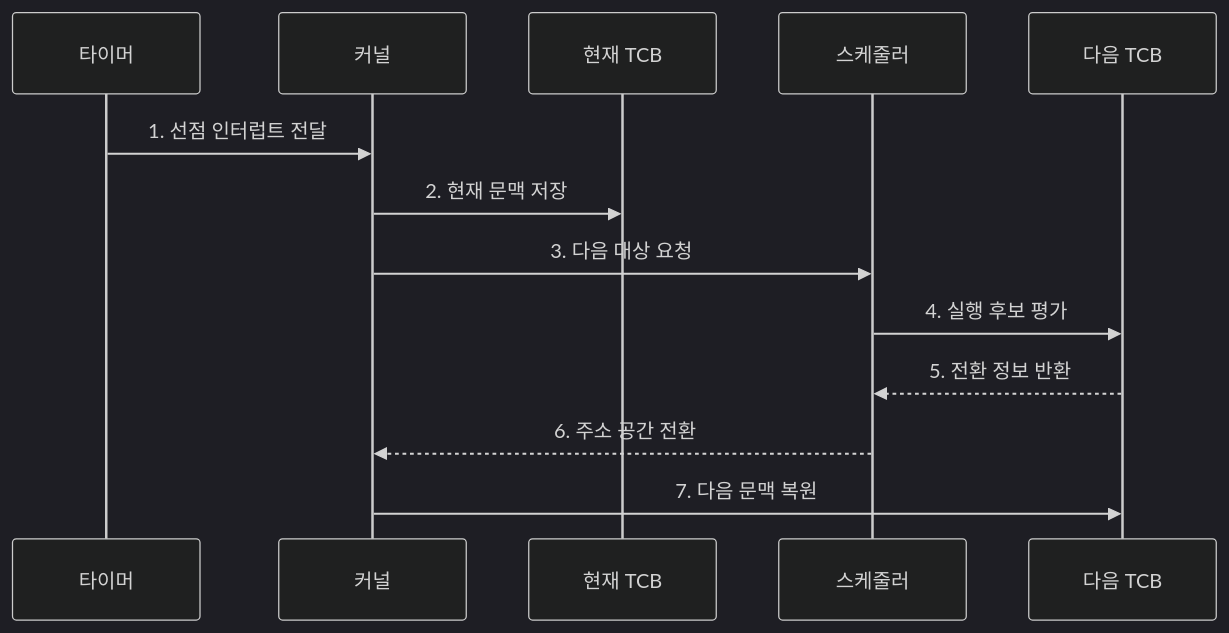
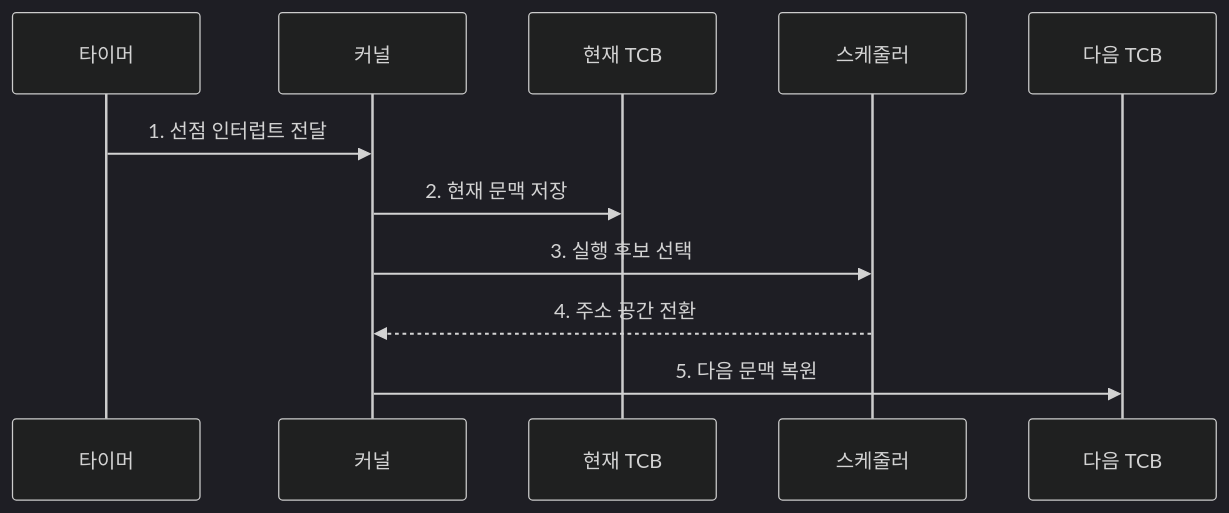
One commit to agnusdei1207/knowledge-base changed the second of 2 diagrams in src/content/docs/notes/03-software/002_pcb_context_switching.md. Above: the diagram before and after it, drawn with Mermaid (dark theme). The commit also changed other lines of this file and 238 other files, not shown here.

````diff
--- a/src/content/docs/notes/03-software/002_pcb_context_switching.md
+++ b/src/content/docs/notes/03-software/002_pcb_context_switching.md
@@ -86,15 +86,13 @@
 ```mermaid
 sequenceDiagram
     participant T as 타이머
     participant K as 커널
     participant A as 현재 TCB
     participant S as 스케줄러
     participant B as 다음 TCB
     T->>K: 1. 선점 인터럽트 전달
     K->>A: 2. 현재 문맥 저장
-    K->>S: 3. 다음 대상 요청
-    S->>B: 4. 실행 후보 평가
-    B-->>S: 5. 전환 정보 반환
-    S-->>K: 6. 주소 공간 전환
-    K->>B: 7. 다음 문맥 복원
+    K->>S: 3. 실행 후보 선택
+    S-->>K: 4. 주소 공간 전환
+    K->>B: 5. 다음 문맥 복원
 ```
````
